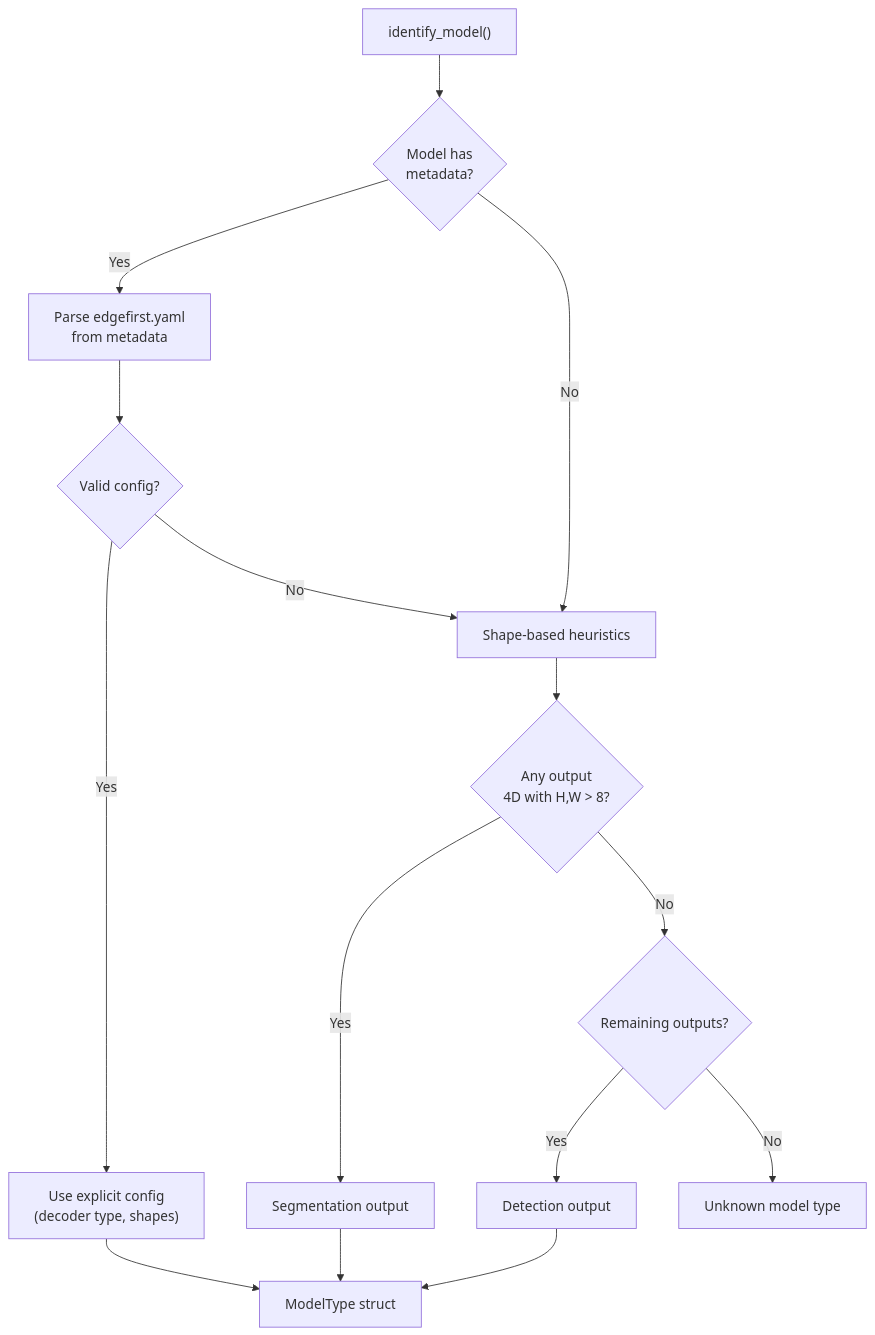
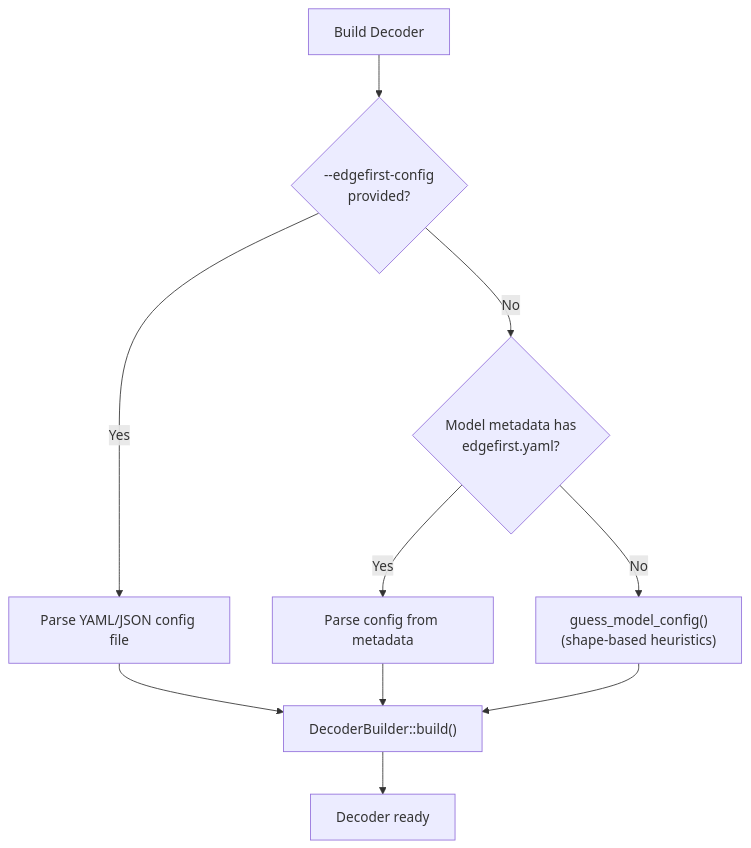
Before and after one commit to EdgeFirstAI/model: the fourth of 5 diagrams in ARCHITECTURE.md, drawn with Mermaid. The commit also changed other lines of this file and 16 other files, not shown here.

````diff
--- a/ARCHITECTURE.md
+++ b/ARCHITECTURE.md
@@ -812,21 +545,15 @@
 ```mermaid
 graph TD
-    Start["identify_model()"] --> HasMeta{"Model has<br/>metadata?"}
+    Start["Build Decoder"] --> HasFile{"--edgefirst-config<br/>provided?"}
 
-    HasMeta -->|Yes| ReadMeta["Parse edgefirst.yaml<br/>from metadata"]
-    ReadMeta --> ValidateMeta{"Valid config?"}
-    ValidateMeta -->|Yes| UseMeta["Use explicit config<br/>(decoder type, shapes)"]
-    ValidateMeta -->|No| ShapeDetect
+    HasFile -->|Yes| UseFile["Parse YAML/JSON config file"]
+    HasFile -->|No| HasMeta{"Model metadata has<br/>edgefirst.yaml?"}
 
-    HasMeta -->|No| ShapeDetect["Shape-based heuristics"]
+    HasMeta -->|Yes| UseMeta["Parse config from metadata"]
+    HasMeta -->|No| ShapeGuess["guess_model_config()<br/>(shape-based heuristics)"]
 
-    ShapeDetect --> CheckSeg{"Any output<br/>4D with H,W > 8?"}
-    CheckSeg -->|Yes| IsSeg["Segmentation output"]
-    CheckSeg -->|No| CheckDet{"Remaining outputs?"}
-    CheckDet -->|Yes| IsDet["Detection output"]
-    CheckDet -->|No| Error["Unknown model type"]
-
-    UseMeta --> Return["ModelType struct"]
-    IsSeg --> Return
-    IsDet --> Return
+    UseFile --> Build["DecoderBuilder::build()"]
+    UseMeta --> Build
+    ShapeGuess --> Build
+    Build --> Decoder["Decoder ready"]
 ```
````
